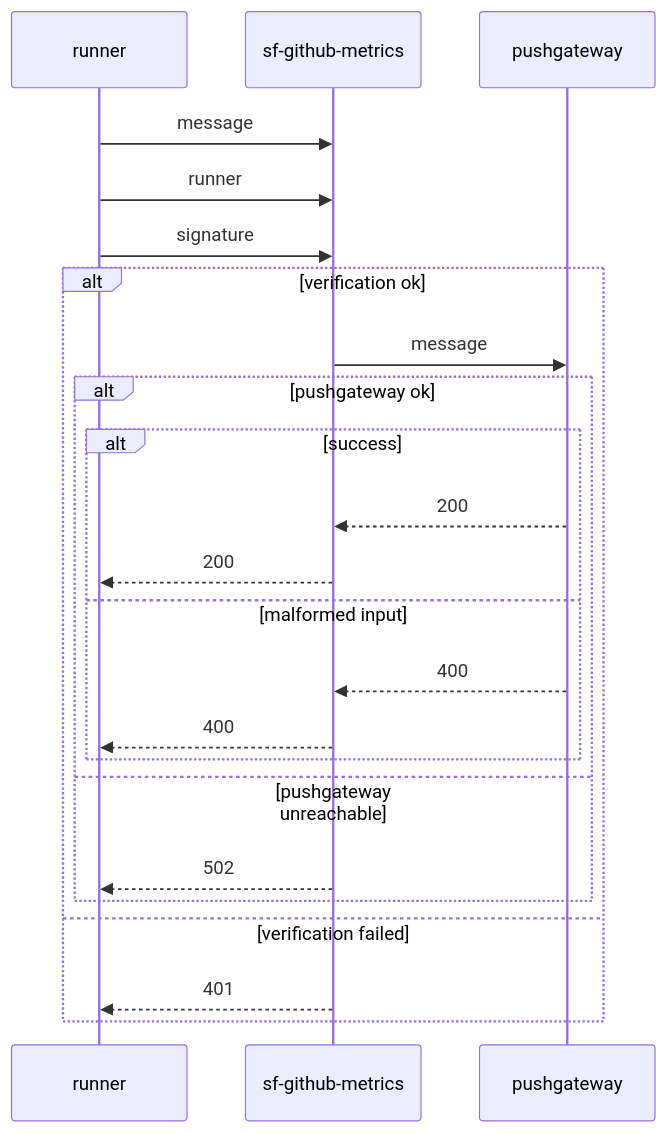
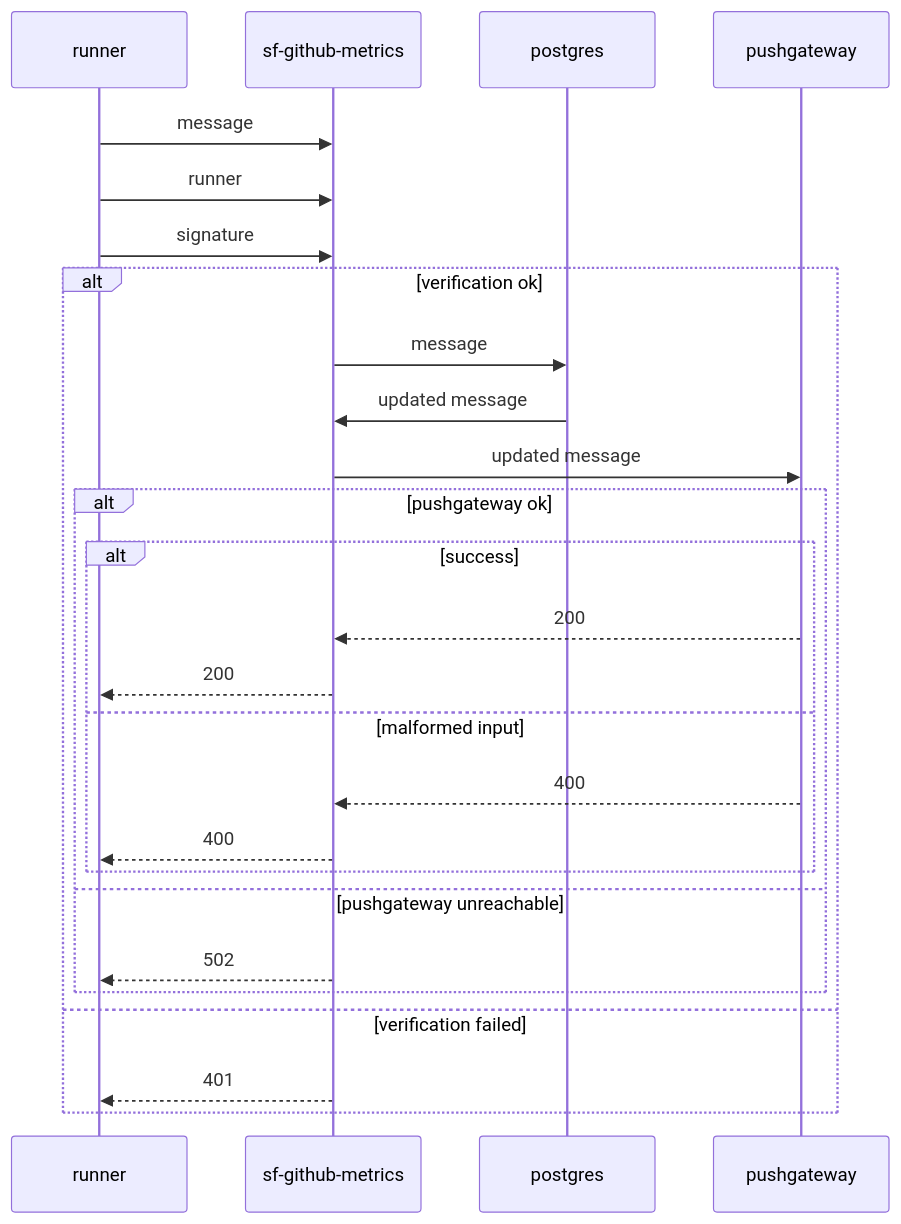
Before and after one commit to navikt/sf-github-metrics: the diagram in README.md, drawn with Mermaid. The commit also changed other lines of this file and 11 other files, not shown here.

````diff
--- a/README.md
+++ b/README.md
@@ -129,22 +142,24 @@
 ```mermaid
 sequenceDiagram
     runner ->> sf-github-metrics: message
     runner ->> sf-github-metrics: runner
     runner ->> sf-github-metrics: signature
     alt verification ok
-        sf-github-metrics ->> pushgateway: message
+        sf-github-metrics ->> postgres: message
+        postgres ->> sf-github-metrics: updated message
+        sf-github-metrics ->> pushgateway: updated message
         alt pushgateway ok
             alt success
                 pushgateway -->> sf-github-metrics: 200
                 sf-github-metrics -->> runner: 200
             else malformed input
                 pushgateway -->> sf-github-metrics: 400
                 sf-github-metrics -->> runner: 400
             end
         else pushgateway unreachable
             sf-github-metrics -->> runner: 502
         end
     else verification failed
         sf-github-metrics -->> runner: 401
     end
 ```
````
